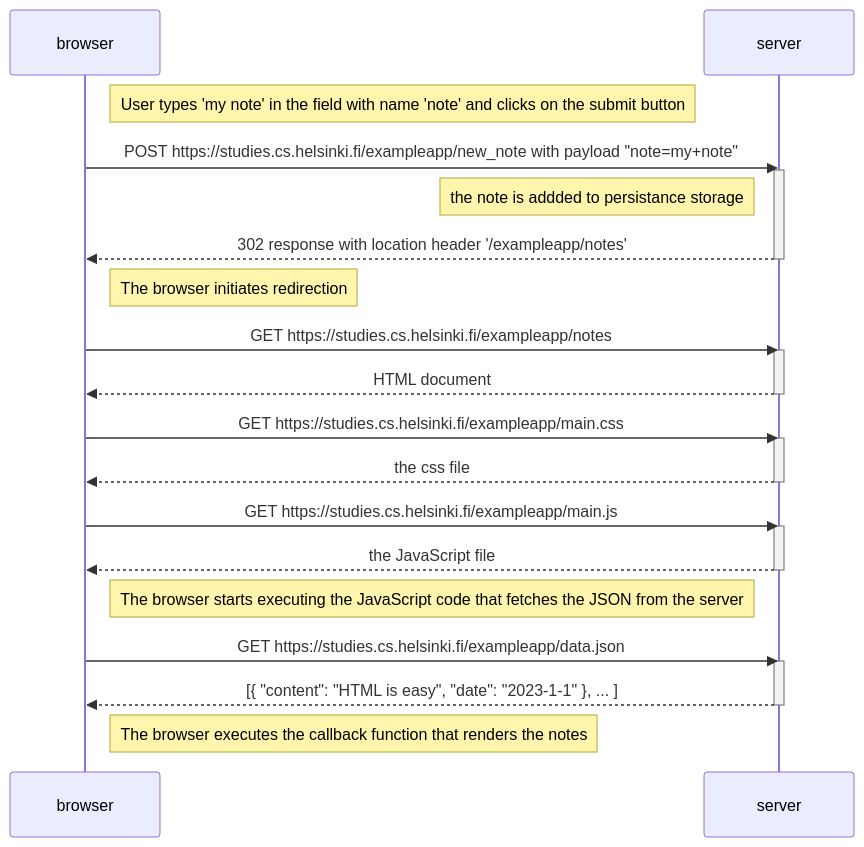
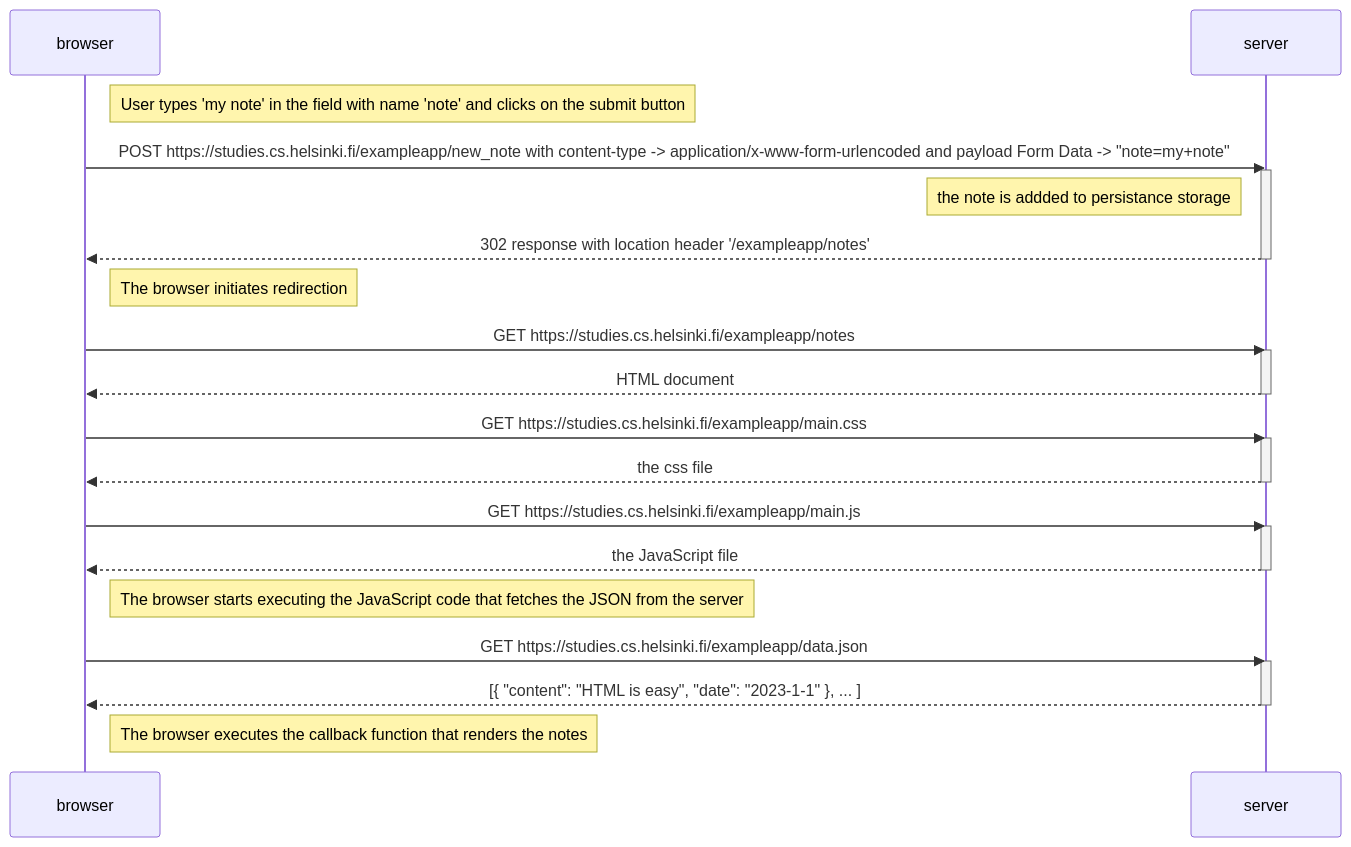
One commit to adnan333bd/fullstack-sobhani changed the diagram in part0/new_note/0.4.md. Above: the diagram before and after it, drawn with Mermaid. The commit also changed other lines of this file and 2 other files, not shown here.

Commit message:
clean flow charts

````diff
--- a/part0/new_note/0.4.md
+++ b/part0/new_note/0.4.md
@@ -3,39 +3,39 @@
 ```mermaid
 sequenceDiagram
     participant browser
     participant server
     
     Note right of browser: User types 'my note' in the field with name 'note' and clicks on the submit button
     
-    browser->>server: POST https://studies.cs.helsinki.fi/exampleapp/new_note with payload "note=my+note"
+    browser->>server: POST https://studies.cs.helsinki.fi/exampleapp/new_note with content-type -> application/x-www-form-urlencoded and payload Form Data -> "note=my+note"
     activate server
     Note left of server: the note is addded to persistance storage
     server-->>browser: 302 response with location header '/exampleapp/notes'
     deactivate server
     
     Note right of browser: The browser initiates redirection
     
     browser->>server: GET https://studies.cs.helsinki.fi/exampleapp/notes
     activate server
     server-->>browser: HTML document
     deactivate server
     
     browser->>server: GET https://studies.cs.helsinki.fi/exampleapp/main.css
     activate server
     server-->>browser: the css file
     deactivate server
     
     browser->>server: GET https://studies.cs.helsinki.fi/exampleapp/main.js
     activate server
     server-->>browser: the JavaScript file
     deactivate server
     
     Note right of browser: The browser starts executing the JavaScript code that fetches the JSON from the server
     
     browser->>server: GET https://studies.cs.helsinki.fi/exampleapp/data.json
     activate server
     server-->>browser: [{ "content": "HTML is easy", "date": "2023-1-1" }, ... ]
     deactivate server    
 
     Note right of browser: The browser executes the callback function that renders the notes 
 ```
````
